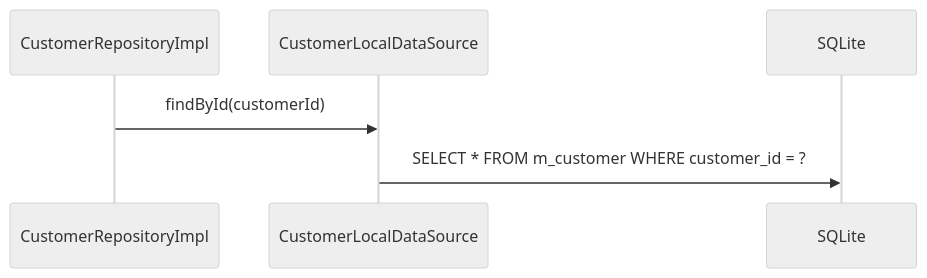
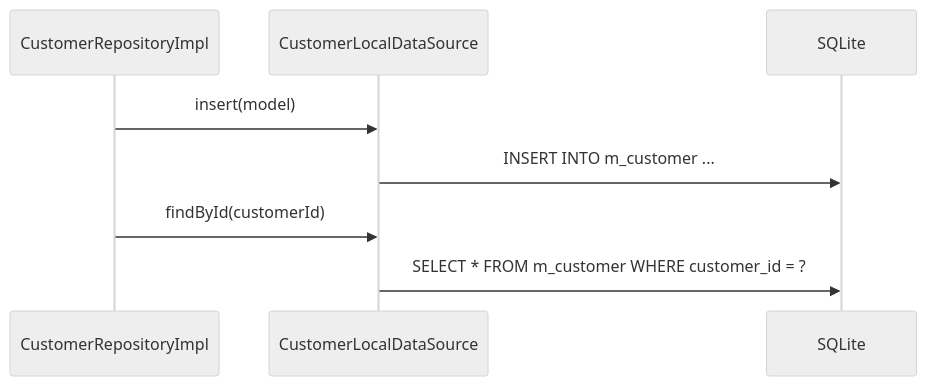
The diagram in docs/design/lib/src/features/voucher/data/datasources/customer_local_datasource.md (MinamiyamaKotaro/m3_pad), drawn with Mermaid (neutral theme) before and after one commit. The commit also changed other lines of this file and 35 other files, not shown here.

````diff
--- a/docs/design/lib/src/features/voucher/data/datasources/customer_local_datasource.md
+++ b/docs/design/lib/src/features/voucher/data/datasources/customer_local_datasource.md
@@ -13,9 +14,11 @@
 ```mermaid
 sequenceDiagram
     participant R as CustomerRepositoryImpl
     participant D as CustomerLocalDataSource
     participant DB as SQLite
 
+    R->>D: insert(model)
+    D->>DB: INSERT INTO m_customer ...
     R->>D: findById(customerId)
     D->>DB: SELECT * FROM m_customer WHERE customer_id = ?
 ```
````
